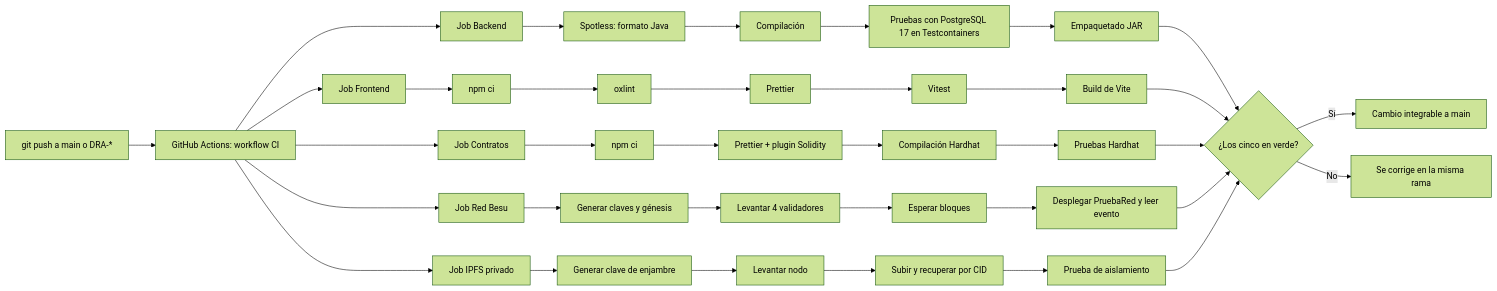
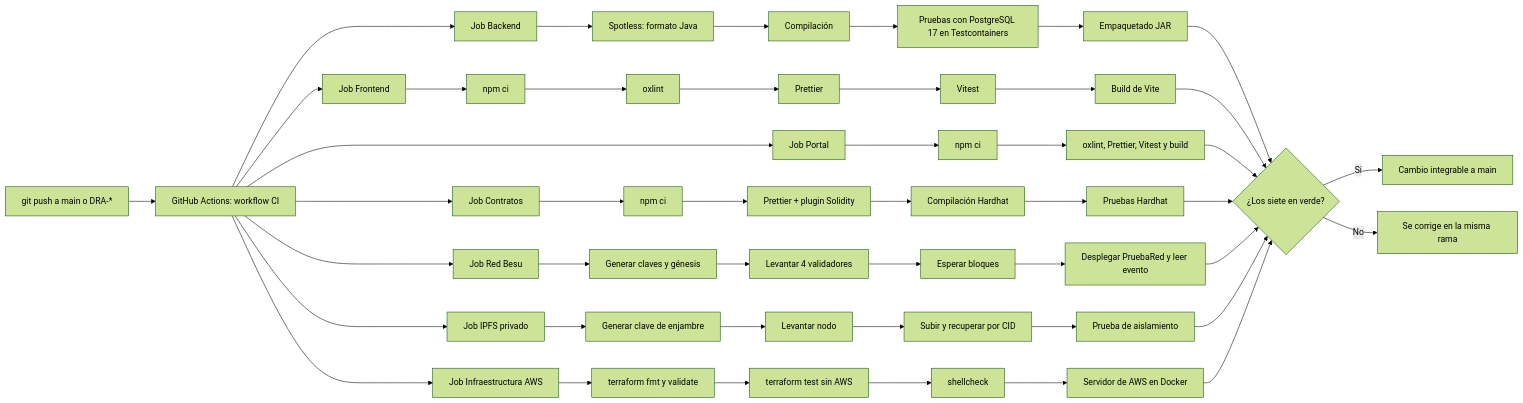
One commit to Garyn14/TESIS_FERNANDO changed the diagram in docs/arquitectura/integracion-continua.md. Above: the diagram before and after it, drawn with Mermaid (forest theme). The commit also changed other lines of this file, not shown here.

Commit message:
CI: registro de la ejecución 42489409504 (DRA-51)

````diff
--- a/docs/arquitectura/integracion-continua.md
+++ b/docs/arquitectura/integracion-continua.md
@@ -22,17 +22,21 @@
 ```mermaid
 flowchart LR
     A[git push a main o DRA-*] --> W[GitHub Actions: workflow CI]
     W --> B[Job Backend]
     W --> F[Job Frontend]
+    W --> P[Job Portal]
     W --> C[Job Contratos]
     W --> RB[Job Red Besu]
     W --> IP[Job IPFS privado]
+    W --> AW[Job Infraestructura AWS]
     B --> B1[Spotless: formato Java] --> B2[Compilación] --> B3[Pruebas con PostgreSQL 17 en Testcontainers] --> B4[Empaquetado JAR]
     F --> F1[npm ci] --> F2[oxlint] --> F3[Prettier] --> F4[Vitest] --> F5[Build de Vite]
+    P --> P1[npm ci] --> P2[oxlint, Prettier, Vitest y build]
     C --> C1[npm ci] --> C2[Prettier + plugin Solidity] --> C3[Compilación Hardhat] --> C4[Pruebas Hardhat]
     RB --> RB1[Generar claves y génesis] --> RB2[Levantar 4 validadores] --> RB3[Esperar bloques] --> RB4[Desplegar PruebaRed y leer evento]
     IP --> IP1[Generar clave de enjambre] --> IP2[Levantar nodo] --> IP3[Subir y recuperar por CID] --> IP4[Prueba de aislamiento]
-    B4 & F5 & C4 & RB4 & IP4 --> R{¿Los cinco en verde?}
+    AW --> AW1[terraform fmt y validate] --> AW2[terraform test sin AWS] --> AW3[shellcheck] --> AW4[Servidor de AWS en Docker]
+    B4 & F5 & P2 & C4 & RB4 & IP4 & AW4 --> R{¿Los siete en verde?}
     R -- Sí --> OK[Cambio integrable a main]
     R -- No --> KO[Se corrige en la misma rama]
 ```
````
